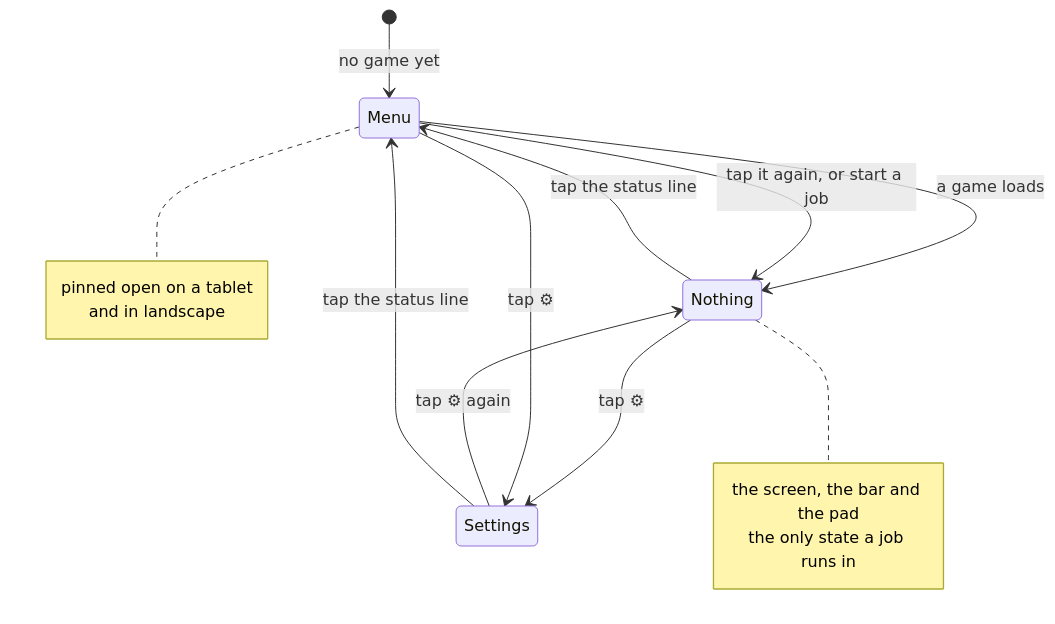
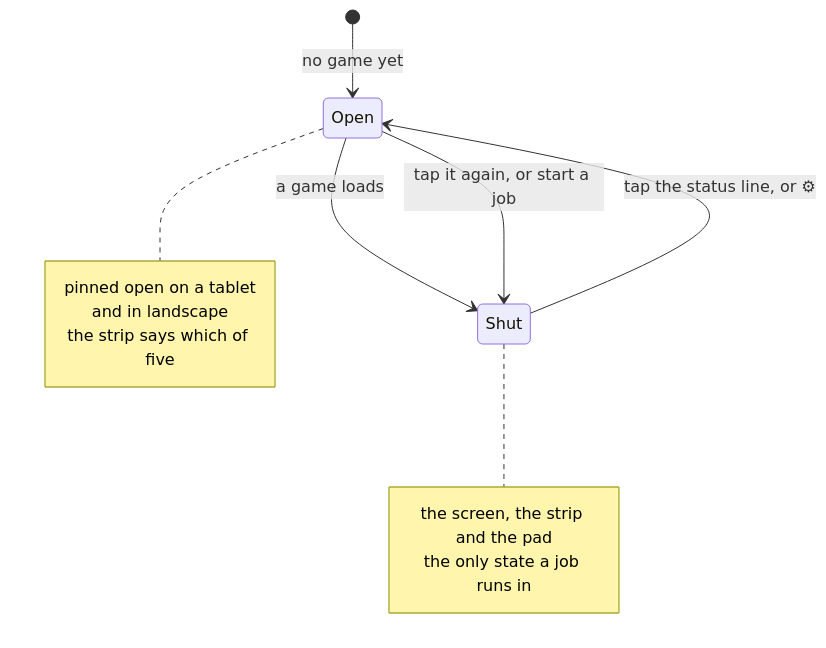
Before and after one commit to minormending/crystal-pilot-mobile: the second of 2 diagrams in docs/INTERFACE.md, drawn with Mermaid. The commit also changed other lines of this file and 4 other files, not shown here.

````diff
--- a/docs/INTERFACE.md
+++ b/docs/INTERFACE.md
@@ -700,19 +724,16 @@
 ```mermaid
 stateDiagram-v2
-    [*] --> Menu: no game yet
-    Menu --> Nothing: a game loads
-    Nothing --> Menu: tap the status line
-    Menu --> Nothing: tap it again, or start a job
-    Nothing --> Settings: tap ⚙
-    Settings --> Nothing: tap ⚙ again
-    Menu --> Settings: tap ⚙
-    Settings --> Menu: tap the status line
-    note right of Nothing
-        the screen, the bar and the pad
+    [*] --> Open: no game yet
+    Open --> Shut: a game loads
+    Shut --> Open: tap the status line, or ⚙
+    Open --> Shut: tap it again, or start a job
+    note right of Shut
+        the screen, the strip and the pad
         the only state a job runs in
     end note
-    note right of Menu
+    note right of Open
         pinned open on a tablet
         and in landscape
+        the strip says which of five
     end note
 ```
````
